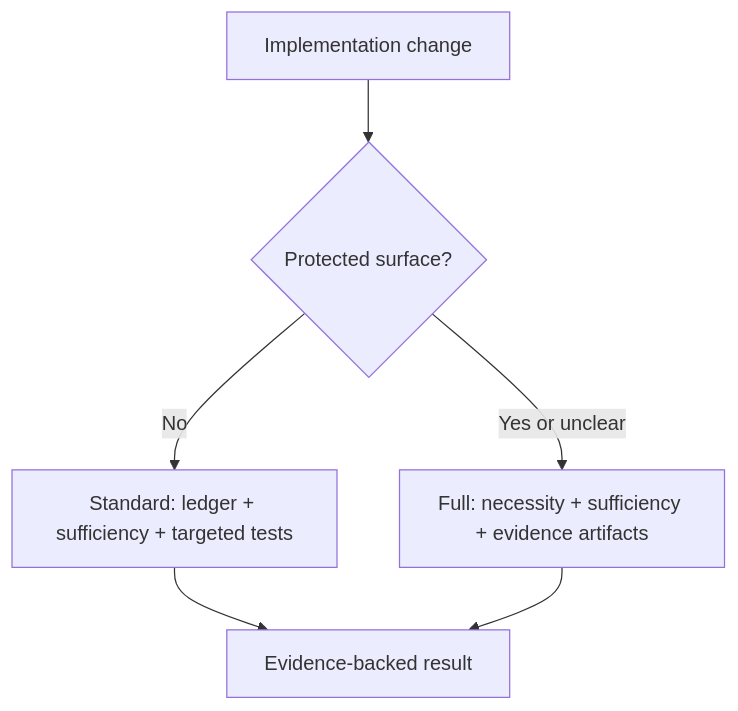
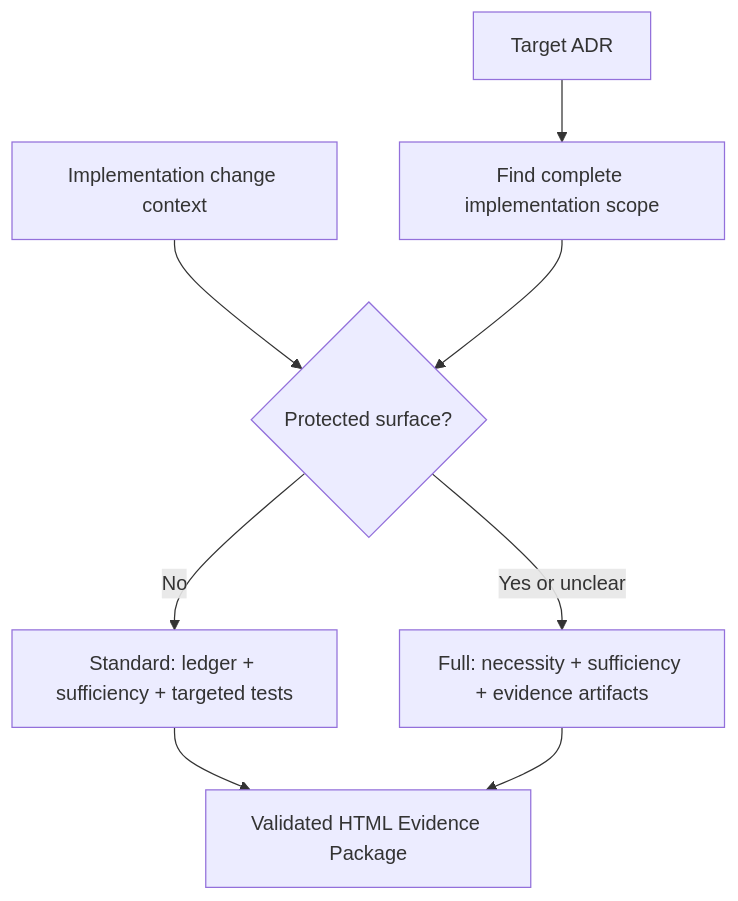
One commit to haandol/alps-writer-mcp changed the diagram in plugins/adr-writer/skills/adr-impl-review/SKILL.md. Above: the diagram before and after it, drawn with Mermaid. The commit also changed other lines of this file and 35 other files, not shown here.

Commit message:
feat(adr): improve implementation review reports

````diff
--- a/plugins/adr-writer/skills/adr-impl-review/SKILL.md
+++ b/plugins/adr-writer/skills/adr-impl-review/SKILL.md
@@ -11,8 +11,10 @@
 ```mermaid
 flowchart TD
-    CHANGE["Implementation change"] --> RISK{"Protected surface?"}
+    ADR["Target ADR"] --> SCOPE["Find complete implementation scope"]
+    CHANGE["Implementation change context"] --> RISK{"Protected surface?"}
+    SCOPE --> RISK
     RISK -->|No| STANDARD["Standard: ledger + sufficiency + targeted tests"]
     RISK -->|Yes or unclear| FULL["Full: necessity + sufficiency + evidence artifacts"]
-    STANDARD --> RULING["Evidence-backed result"]
+    STANDARD --> RULING["Validated HTML Evidence Package"]
     FULL --> RULING
 ```
````
